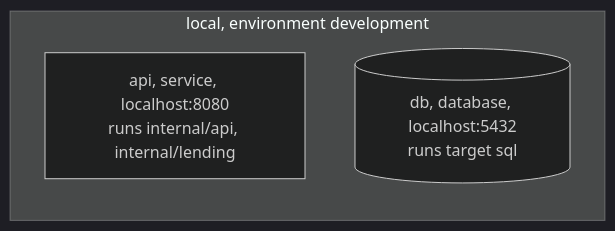
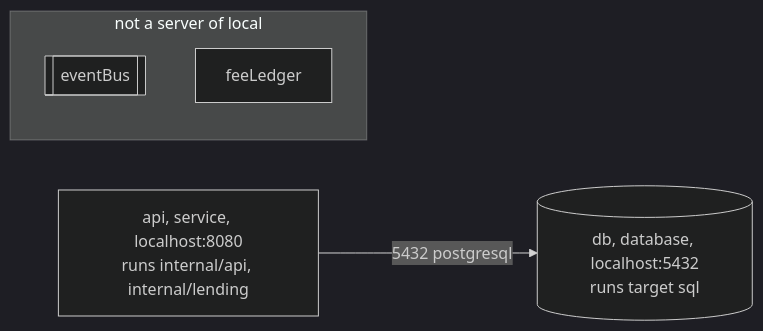
One commit to SpecArch/specarch changed the first of 3 diagrams in examples/library-lending/docs/deployment.md. Above: the diagram before and after it, drawn with Mermaid (dark theme). The commit also changed other lines of this file and 59 other files, not shown here.

````diff
--- a/examples/library-lending/docs/deployment.md
+++ b/examples/library-lending/docs/deployment.md
@@ -41,7 +41,10 @@
 ```mermaid
 flowchart LR
-  subgraph deployment_local["local, environment development"]
-    server_api["api, service, localhost:8080<br/>runs internal/api, internal/lending"]
-    server_db[("db, database, localhost:5432<br/>runs target sql")]
+  server_api["api, service, localhost:8080<br/>runs internal/api, internal/lending"]
+  server_db[("db, database, localhost:5432<br/>runs target sql")]
+  server_api -->|"5432 postgresql"| server_db
+  subgraph unreached_local["not a server of local"]
+    dependency_eventBus[["eventBus"]]
+    dependency_feeLedger["feeLedger"]
   end
 ```
````
